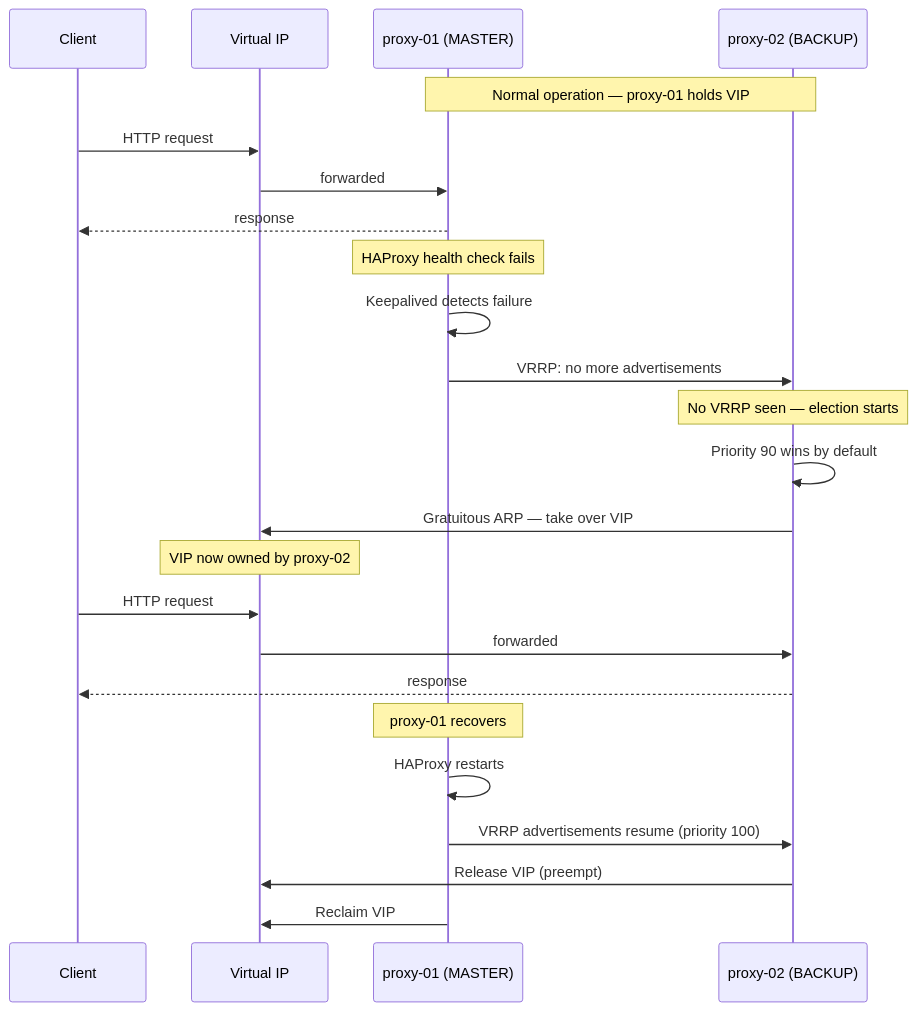
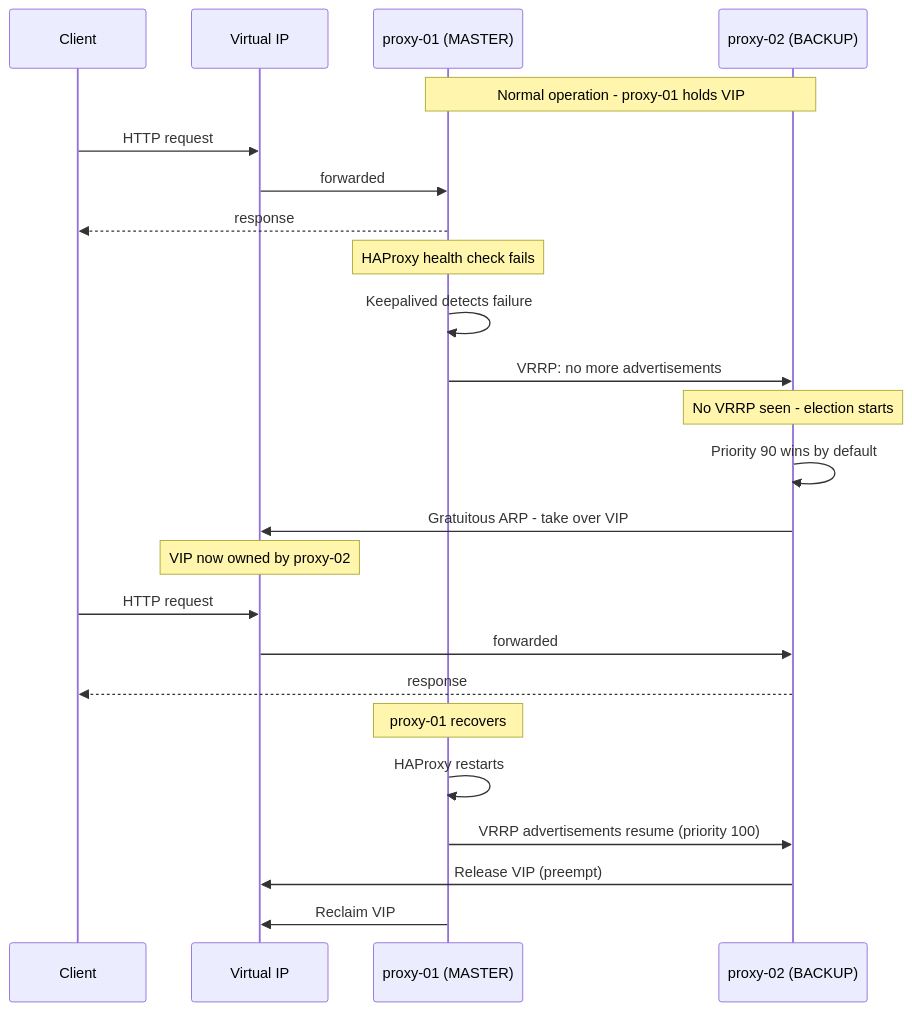
One commit to devopsgroupeu/ansible-role-haproxy-keepalived changed the third of 5 diagrams in docs/ARCHITECTURE.md. Above: the diagram before and after it, drawn with Mermaid. The commit also changed other lines of this file and 58 other files, not shown here.

````diff
--- a/docs/ARCHITECTURE.md
+++ b/docs/ARCHITECTURE.md
@@ -93,33 +93,33 @@
 ```mermaid
 sequenceDiagram
     participant Client
     participant VIP as Virtual IP
     participant Master as proxy-01 (MASTER)
     participant Backup as proxy-02 (BACKUP)
 
-    Note over Master,Backup: Normal operation — proxy-01 holds VIP
+    Note over Master,Backup: Normal operation - proxy-01 holds VIP
 
     Client->>VIP: HTTP request
     VIP->>Master: forwarded
     Master-->>Client: response
 
     Note over Master: HAProxy health check fails
     Master->>Master: Keepalived detects failure
     Master->>Backup: VRRP: no more advertisements
 
-    Note over Backup: No VRRP seen — election starts
+    Note over Backup: No VRRP seen - election starts
     Backup->>Backup: Priority 90 wins by default
-    Backup->>VIP: Gratuitous ARP — take over VIP
+    Backup->>VIP: Gratuitous ARP - take over VIP
 
     Note over VIP: VIP now owned by proxy-02
 
     Client->>VIP: HTTP request
     VIP->>Backup: forwarded
     Backup-->>Client: response
 
     Note over Master: proxy-01 recovers
     Master->>Master: HAProxy restarts
     Master->>Backup: VRRP advertisements resume (priority 100)
     Backup->>VIP: Release VIP (preempt)
     Master->>VIP: Reclaim VIP
 ```
````
